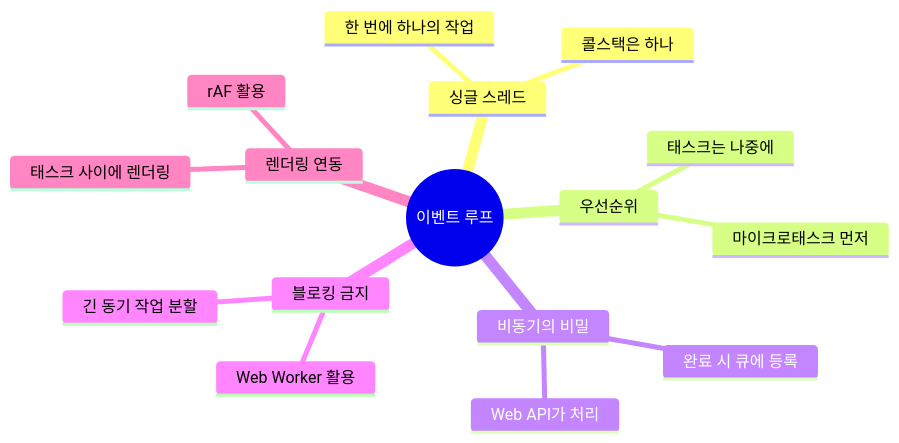
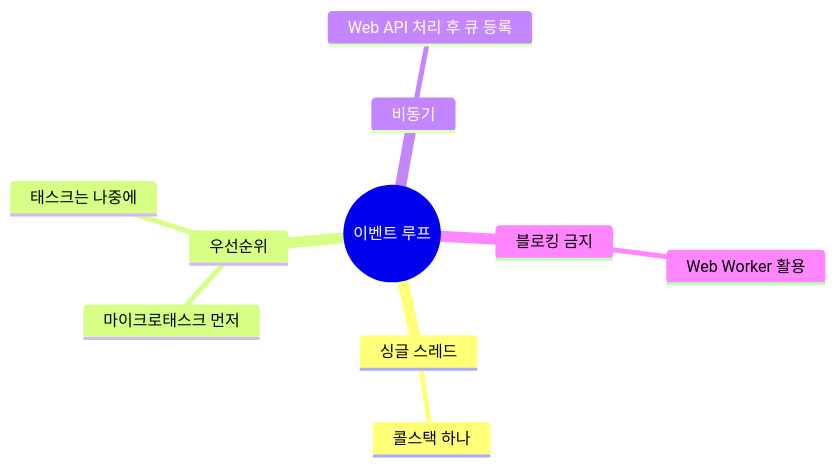
One commit to yjkim2015/yjkim2015.github.io changed diagram 13 of 13 in _posts/frontend/2026-05-02-js-event-loop.md. Above: the diagram before and after it, drawn with Mermaid. The commit also changed other lines of this file and 215 other files, not shown here.

First line of the commit message:
신규 포스트 10개 추가 + Mermaid 전면 축소 + SystemDesign 시리즈 보강

````diff
--- a/_posts/frontend/2026-05-02-js-event-loop.md
+++ b/_posts/frontend/2026-05-02-js-event-loop.md
@@ -594,19 +487,13 @@
 ```mermaid
 mindmap
   root((이벤트 루프))
     싱글 스레드
-      한 번에 하나의 작업
-      콜스택은 하나
+      콜스택 하나
     우선순위
       마이크로태스크 먼저
       태스크는 나중에
-    비동기의 비밀
-      Web API가 처리
-      완료 시 큐에 등록
+    비동기
+      Web API 처리 후 큐 등록
     블로킹 금지
-      긴 동기 작업 분할
       Web Worker 활용
-    렌더링 연동
-      태스크 사이에 렌더링
-      rAF 활용
 ```
````
